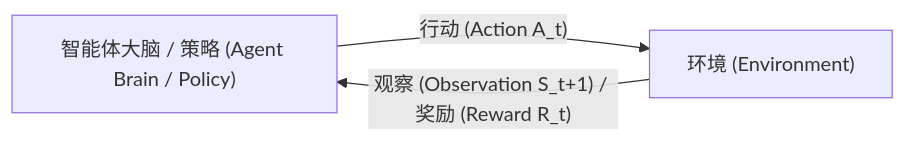
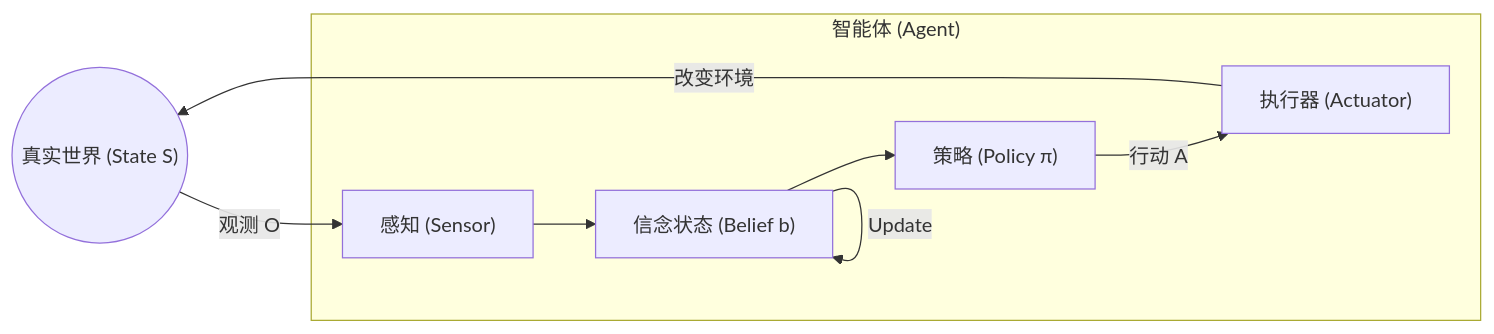
The diagram in 01_paradigm/1.2_theory.md (yeasy/agentic_ai_guide), drawn with Mermaid before and after one commit. The commit also changed other lines of this file and 41 other files, not shown here.

````diff
--- a/01_paradigm/1.2_theory.md
+++ b/01_paradigm/1.2_theory.md
@@ -18,5 +49,16 @@
 ```mermaid
 graph LR
-    Agent["智能体大脑 / 策略 (Agent Brain / Policy)"] -- "行动 (Action A_t)" --> Env["环境 (Environment)"]
-    Env -- "观察 (Observation S_t+1) / 奖励 (Reward R_t)" --> Agent
+    World(("真实世界 (State S)")) -- "观测 O" --> Sensor["感知 (Sensor)"]
+    Sensor --> Belief["信念状态 (Belief b)"]
+    Belief -- "Update" --> Belief
+    Belief --> Policy["策略 (Policy π)"]
+    Policy -- "行动 A" --> Actuator["执行器 (Actuator)"]
+    Actuator -- "改变环境" --> World
+
+    subgraph Agent ["智能体 (Agent)"]
+        Sensor
+        Belief
+        Policy
+        Actuator
+    end
 ```
````
